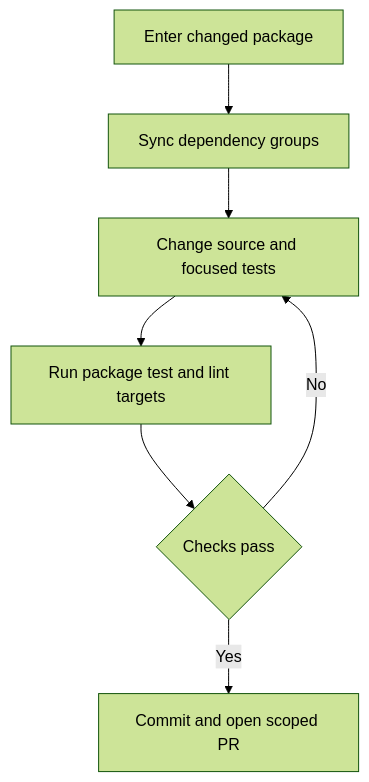
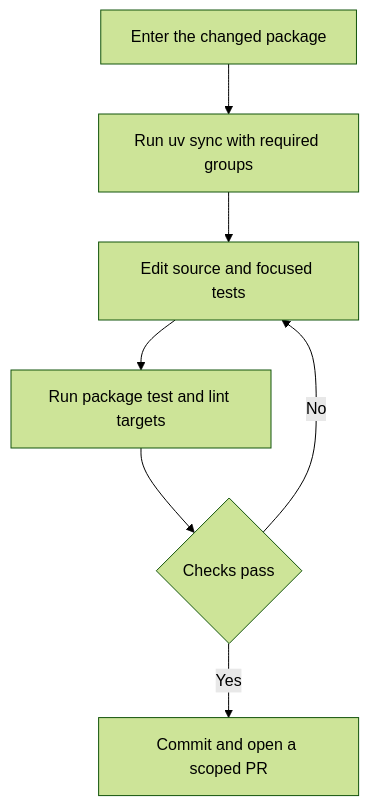
Before and after one commit to langchain-ai/deepagents: the first of 2 diagrams in openwiki/operations/development.md, drawn with Mermaid (forest theme). The commit also changed other lines of this file and 43 other files, not shown here.

````diff
--- a/openwiki/operations/development.md
+++ b/openwiki/operations/development.md
@@ -85,9 +77,9 @@
 ```mermaid
 flowchart TD
-    Enter["Enter changed package"] --> Sync["Sync dependency groups"]
-    Sync --> Change["Change source and focused tests"]
-    Change --> Validate["Run package test and lint targets"]
-    Validate --> Result{"Checks pass"}
-    Result -->|"No"| Change
-    Result -->|"Yes"| Review["Commit and open scoped PR"]
+    Enter["Enter the changed package"] --> Sync["Run uv sync with required groups"]
+    Sync --> Change["Edit source and focused tests"]
+    Change --> Verify["Run package test and lint targets"]
+    Verify --> Pass{"Checks pass"}
+    Pass -->|"No"| Change
+    Pass -->|"Yes"| Review["Commit and open a scoped PR"]
 ```
````
